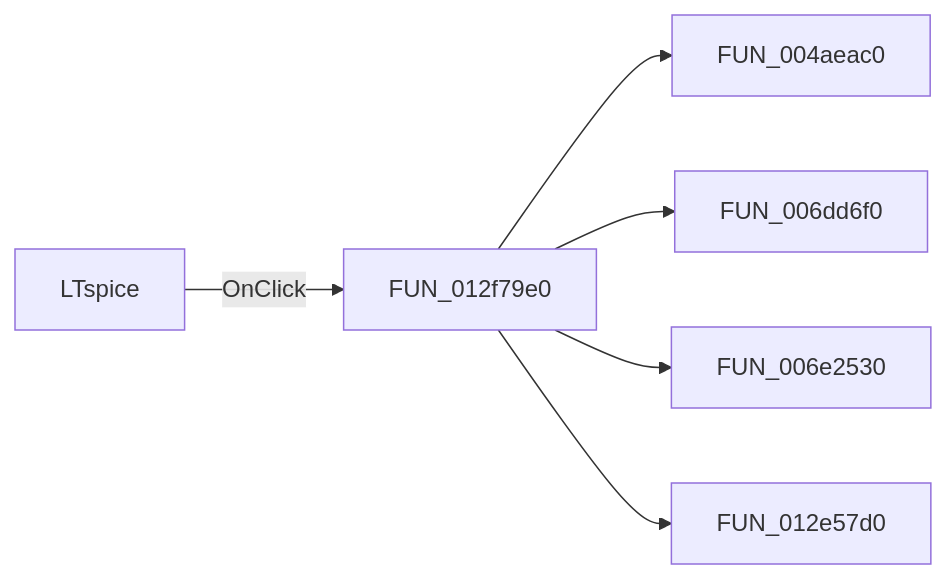
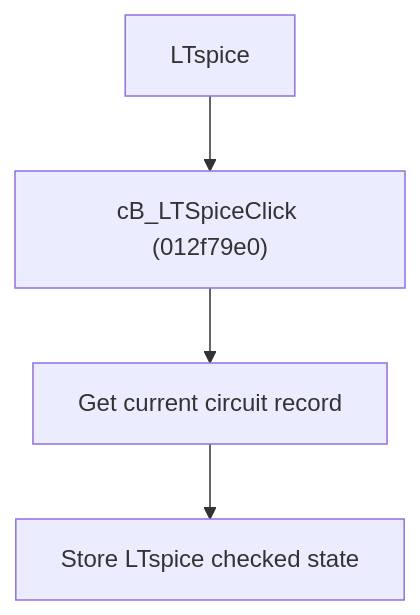
One commit to MovGP0/TIARA changed the diagram in docs/ui-controls/frmmodeltestbencheditor/cb-ltspice-14320fb015.md. Above: the diagram before and after it, drawn with Mermaid. The commit also changed other lines of this file and 387 other files, not shown here.

````diff
--- a/docs/ui-controls/frmmodeltestbencheditor/cb-ltspice-14320fb015.md
+++ b/docs/ui-controls/frmmodeltestbencheditor/cb-ltspice-14320fb015.md
@@ -27,8 +28,6 @@
 ```mermaid
-flowchart LR
-    control["LTspice"] -->|OnClick| handler["FUN_012f79e0"]
-    handler --> call1["FUN_004aeac0"]
-    handler --> call2["FUN_006dd6f0"]
-    handler --> call3["FUN_006e2530"]
-    handler --> call4["FUN_012e57d0"]
+flowchart TD
+    control["LTspice"] --> handler["cB_LTSpiceClick (012f79e0)"]
+    handler --> record["Get current circuit record"]
+    record --> state["Store LTspice checked state"]
 ```
````
